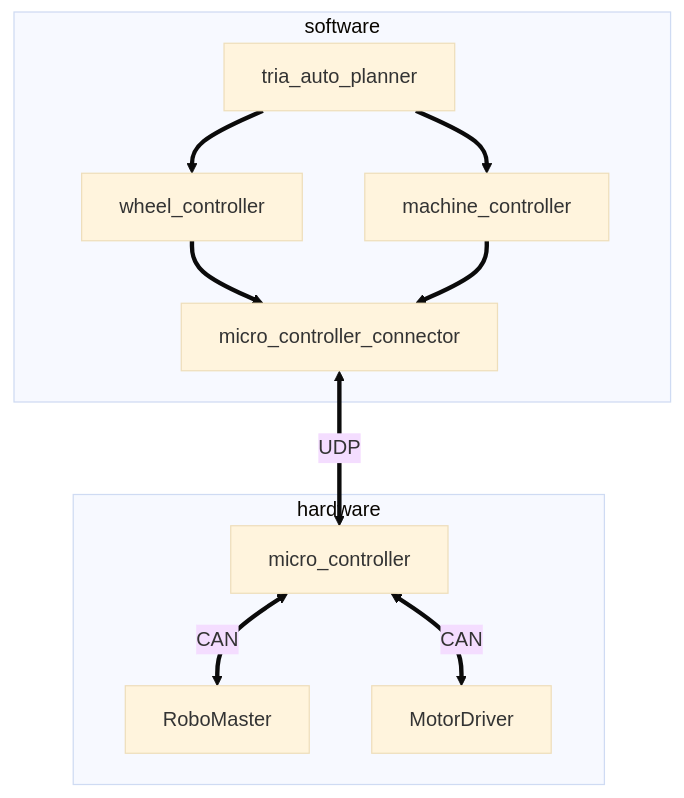
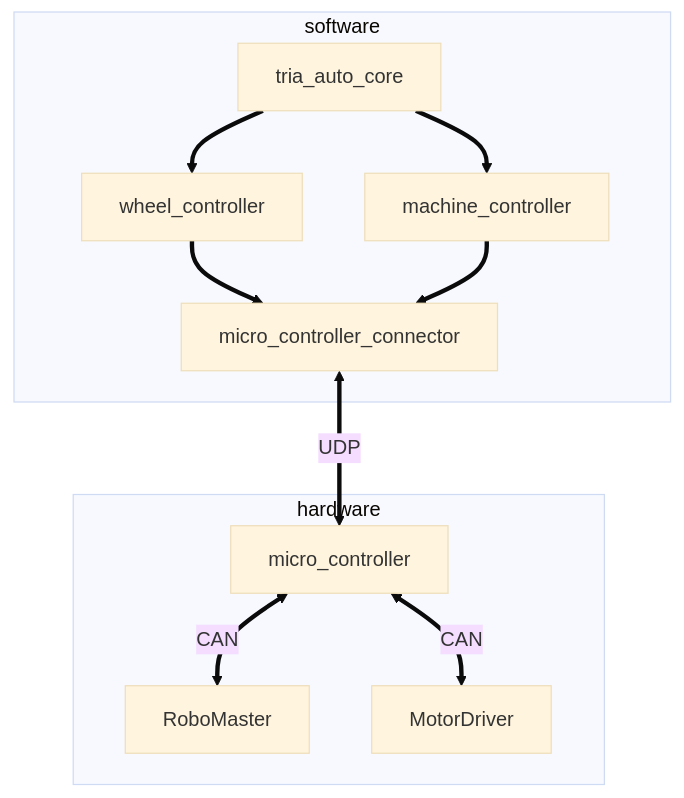
The diagram in control_architecture.md (motii8128/TRIA), drawn with Mermaid (base theme) before and after one commit.

Commit message:
[fix] tria_auto_plannerではなくtria_auto_coreに変更

````diff
--- a/control_architecture.md
+++ b/control_architecture.md
@@ -2,16 +2,16 @@
 ```mermaid
 graph TD
 
 subgraph hardware
 micro_controller <==> |CAN| RoboMaster
 micro_controller <==> |CAN| MotorDriver
 end
 
 subgraph software
 micro_controller_connector <==>|UDP| micro_controller
 wheel_controller ==> micro_controller_connector
 machine_controller ==> micro_controller_connector
-tria_auto_planner ==> wheel_controller
-tria_auto_planner ==> machine_controller
+tria_auto_core ==> wheel_controller
+tria_auto_core ==> machine_controller
 end
 ```
````
